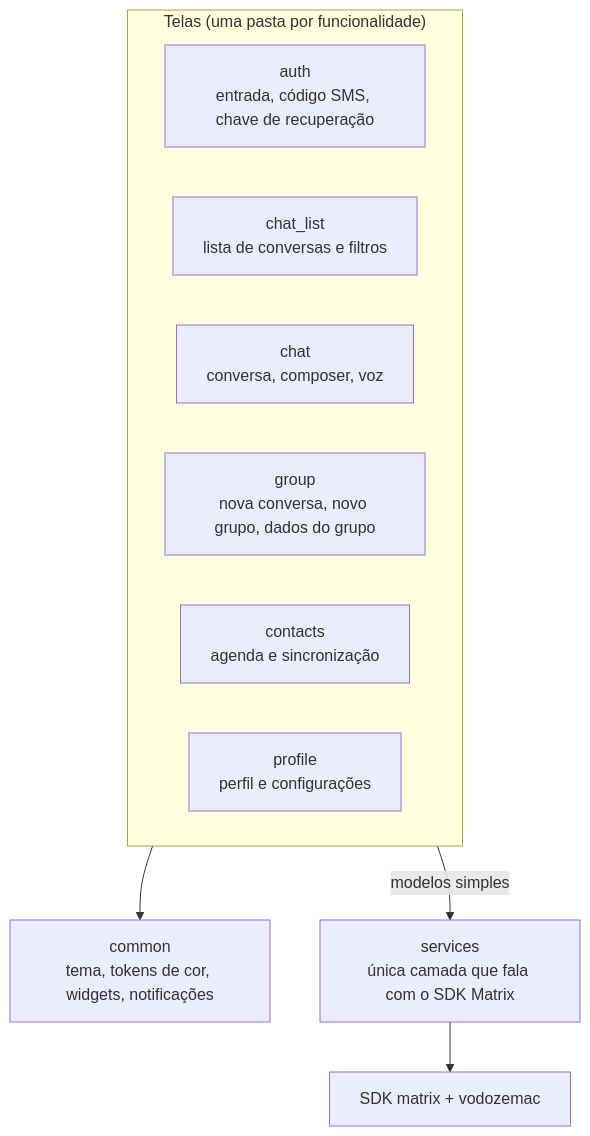
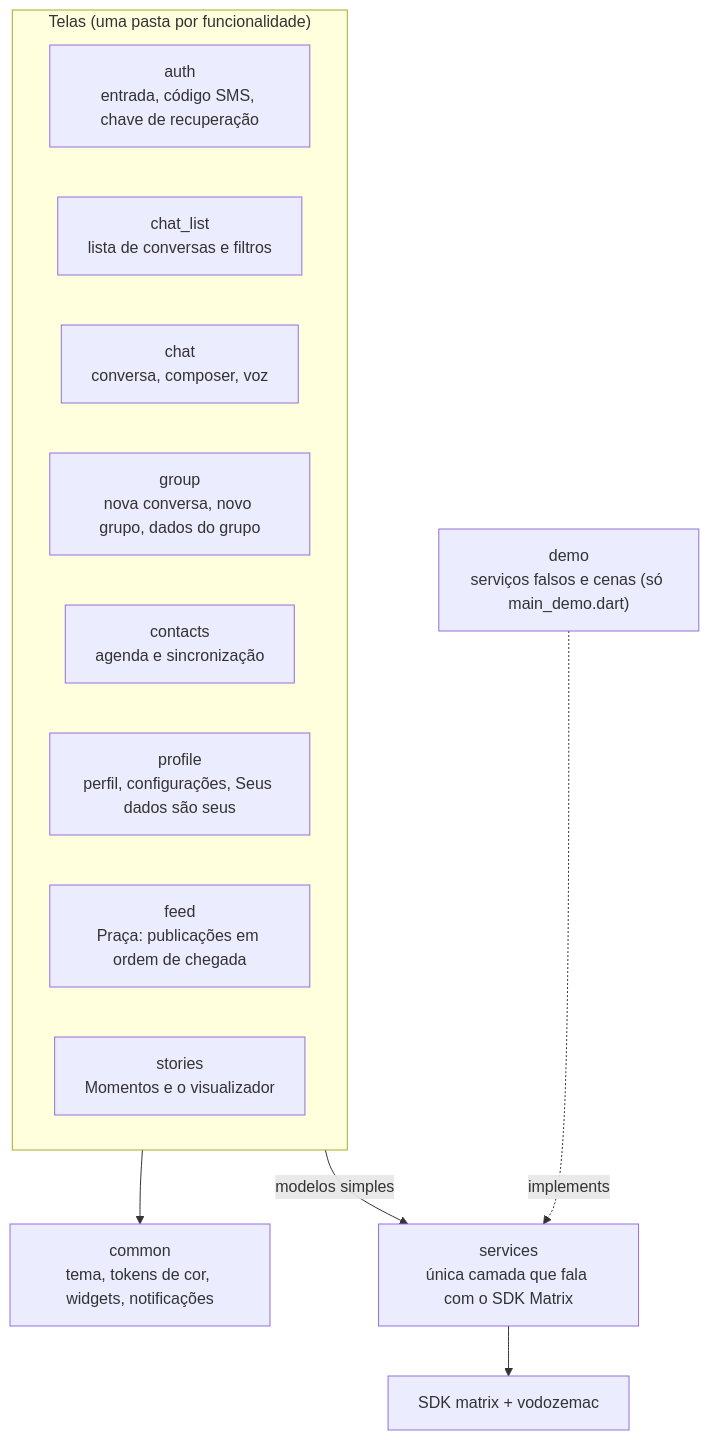
The diagram in app/README.md (kaiomp/alo), drawn with Mermaid before and after one commit. The commit also changed other lines of this file and 2 other files, not shown here.

Commit message:
Document the demo mode and its scenes

````diff
--- a/app/README.md
+++ b/app/README.md
@@ -44,17 +44,21 @@
 ```mermaid
 flowchart TD
     subgraph telas["Telas (uma pasta por funcionalidade)"]
         auth["auth<br/>entrada, código SMS, chave de recuperação"]
         list["chat_list<br/>lista de conversas e filtros"]
         chat["chat<br/>conversa, composer, voz"]
         group["group<br/>nova conversa, novo grupo, dados do grupo"]
         contacts["contacts<br/>agenda e sincronização"]
-        profile["profile<br/>perfil e configurações"]
+        profile["profile<br/>perfil, configurações, Seus dados são seus"]
+        feed["feed<br/>Praça: publicações em ordem de chegada"]
+        stories["stories<br/>Momentos e o visualizador"]
     end
+    demo["demo<br/>serviços falsos e cenas (só main_demo.dart)"]
     common["common<br/>tema, tokens de cor, widgets, notificações"]
     services["services<br/>única camada que fala com o SDK Matrix"]
     sdk["SDK matrix + vodozemac"]
     telas --> common
     telas -- "modelos simples" --> services
     services --> sdk
+    demo -. "implements" .-> services
 ```
````
